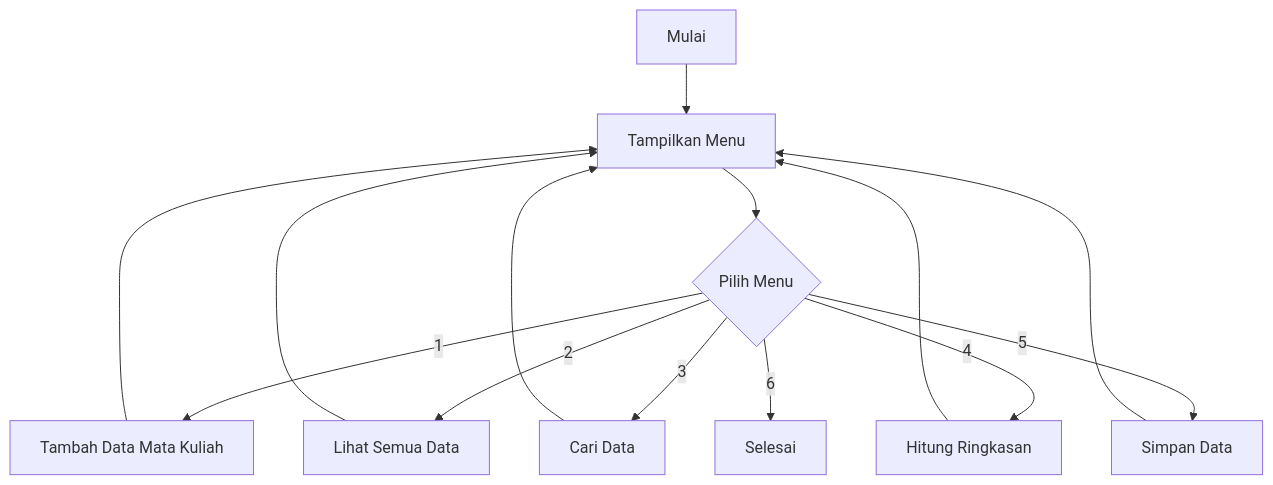
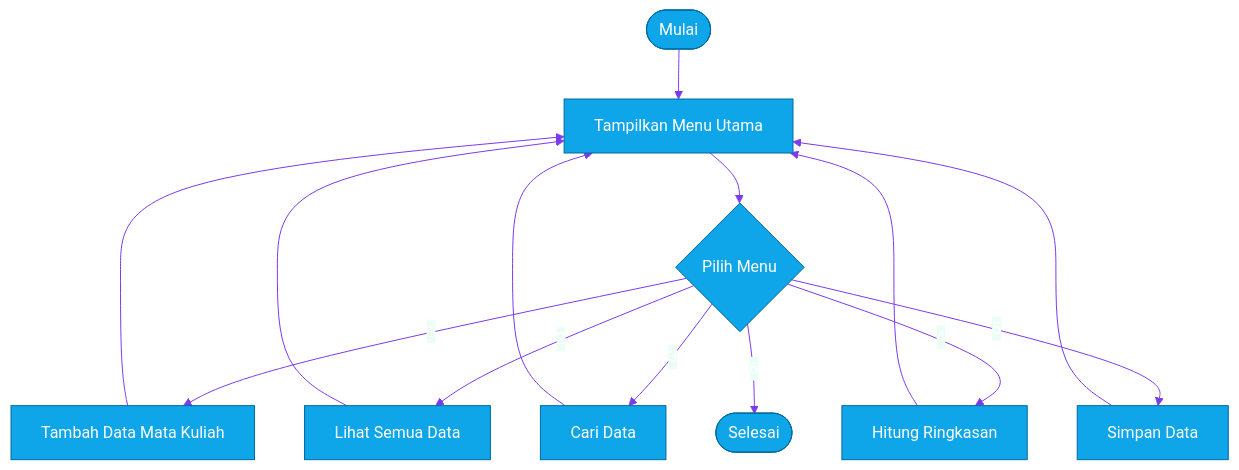
One commit to alwinidzam/TUGAS-UAS-PBO changed the first of 2 diagrams in README.md. Above: the diagram before and after it, drawn with Mermaid. The commit also changed other lines of this file, not shown here.

````diff
--- a/README.md
+++ b/README.md
@@ -62,16 +91,17 @@
 ```mermaid
+%%{init: {"theme": "base", "themeVariables": {"primaryColor": "#0EA5E9", "primaryTextColor": "#ffffff", "primaryBorderColor": "#0369A1", "lineColor": "#7C3AED", "secondaryColor": "#ECFDF5", "tertiaryColor": "#F8FAFC"}}}%%
 flowchart TD
-    A[Mulai] --> B[Tampilkan Menu]
+    A([Mulai]) --> B[Tampilkan Menu Utama]
     B --> C{Pilih Menu}
     C -->|1| D[Tambah Data Mata Kuliah]
     C -->|2| E[Lihat Semua Data]
     C -->|3| F[Cari Data]
     C -->|4| G[Hitung Ringkasan]
     C -->|5| H[Simpan Data]
-    C -->|6| I[Selesai]
+    C -->|6| I([Selesai])
     D --> B
     E --> B
     F --> B
     G --> B
     H --> B
 ```
````
